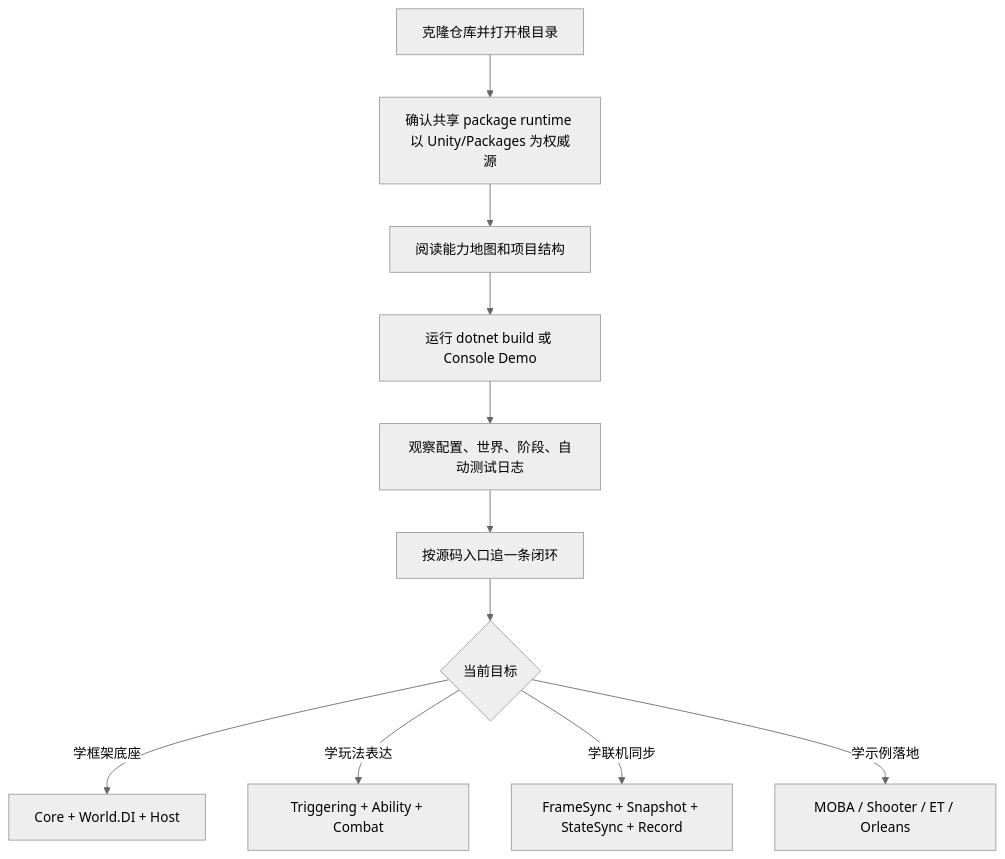
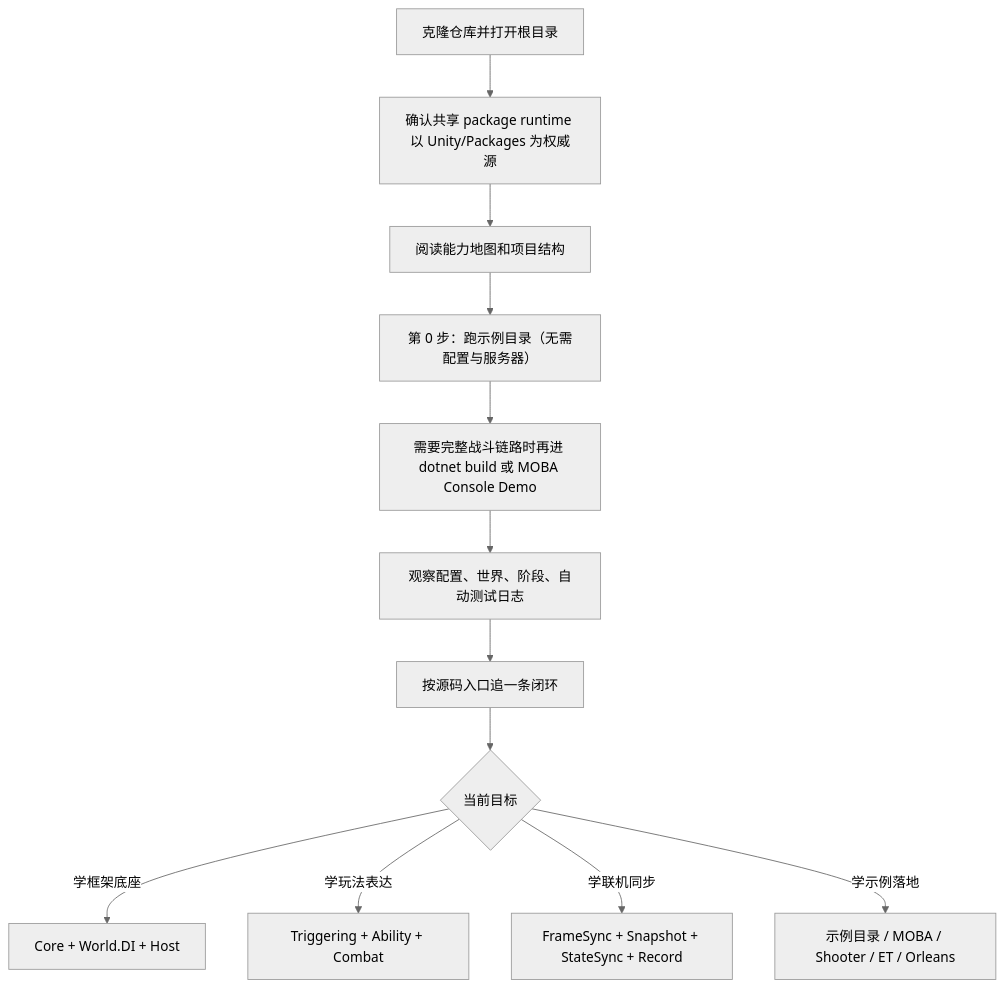
One commit to HOBOBO/AbilityKit changed the first of 11 diagrams in Docs/design/01-OverviewAndGettingStarted/03-QuickStart.md. Above: the diagram before and after it, drawn with Mermaid (neutral theme). The commit also changed other lines of this file and 838 other files, not shown here.

````diff
--- a/Docs/design/01-OverviewAndGettingStarted/03-QuickStart.md
+++ b/Docs/design/01-OverviewAndGettingStarted/03-QuickStart.md
@@ -32,13 +32,14 @@
 ```mermaid
 flowchart TD
     A["克隆仓库并打开根目录"] --> B["确认共享 package runtime 以 Unity/Packages 为权威源"]
     B --> C["阅读能力地图和项目结构"]
-    C --> D["运行 dotnet build 或 Console Demo"]
+    C --> D0["第 0 步：跑示例目录（无需配置与服务器）"]
+    D0 --> D["需要完整战斗链路时再进 dotnet build 或 MOBA Console Demo"]
     D --> E["观察配置、世界、阶段、自动测试日志"]
     E --> F["按源码入口追一条闭环"]
     F --> G{当前目标}
     G -- 学框架底座 --> H["Core + World.DI + Host"]
     G -- 学玩法表达 --> I["Triggering + Ability + Combat"]
     G -- 学联机同步 --> J["FrameSync + Snapshot + StateSync + Record"]
-    G -- 学示例落地 --> K["MOBA / Shooter / ET / Orleans"]
+    G -- 学示例落地 --> K["示例目录 / MOBA / Shooter / ET / Orleans"]
 ```
````
